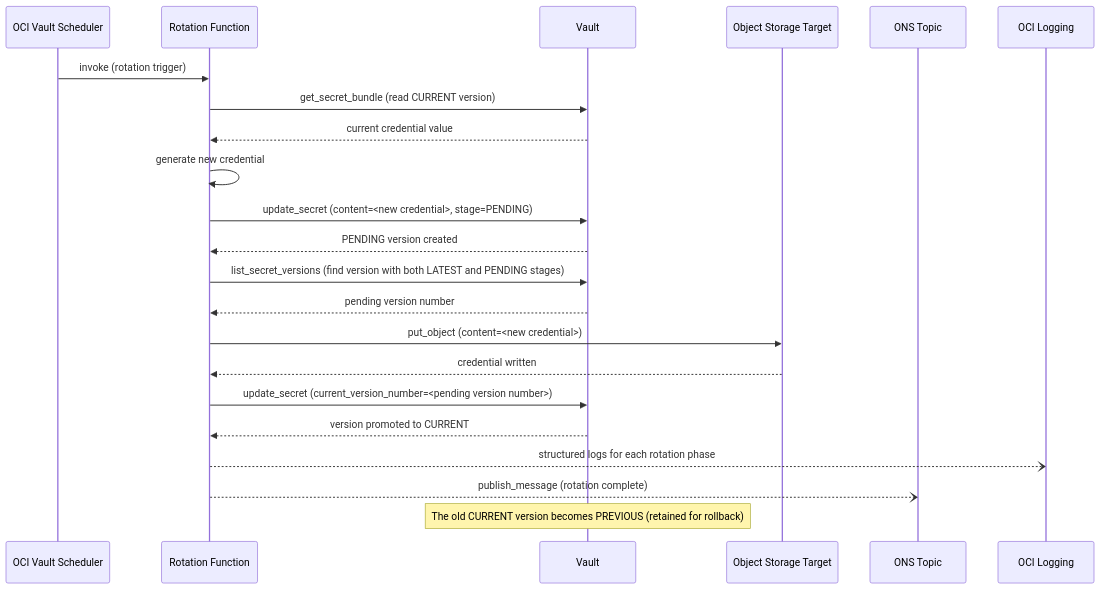
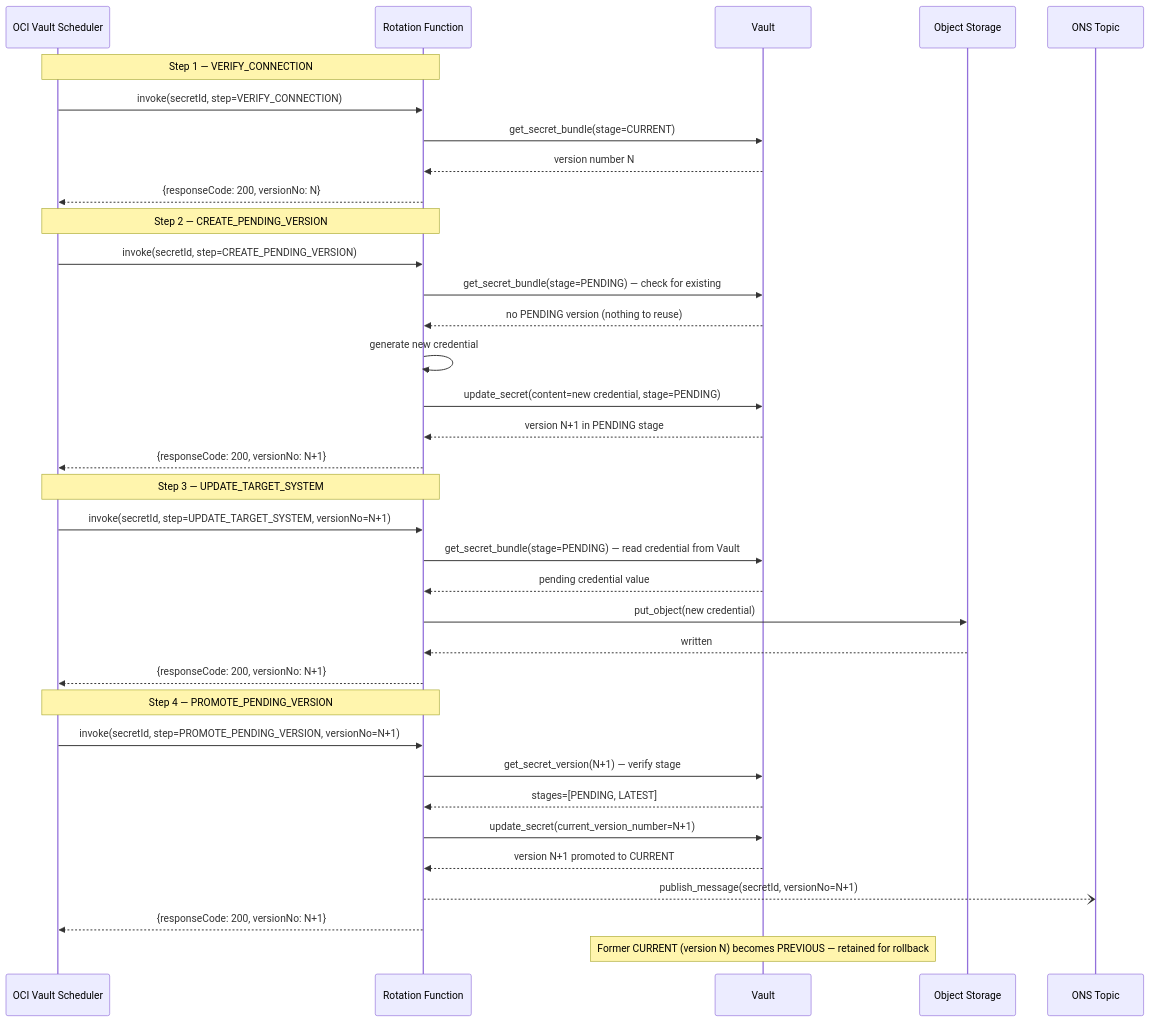
Before and after one commit to perspectivism/oci-secret-rotation: the second of 3 diagrams in docs/design.md, drawn with Mermaid. The commit also changed other lines of this file and 27 other files, not shown here.

First line of the commit message:
feat: implement native four-step OCI Vault rotation protocol

````diff
--- a/docs/design.md
+++ b/docs/design.md
@@ -105,25 +116,42 @@
 ```mermaid
 sequenceDiagram
-    participant VS as OCI Vault Scheduler
+    participant OCI as OCI Vault Scheduler
     participant FN as Rotation Function
     participant VW as Vault
-    participant OS as Object Storage Target
+    participant OS as Object Storage
     participant ONS as ONS Topic
-    participant LG as OCI Logging
 
-    VS->>FN: invoke (rotation trigger)
-    FN->>VW: get_secret_bundle (read CURRENT version)
-    VW-->>FN: current credential value
+    Note over OCI,FN: Step 1 — VERIFY_CONNECTION
+    OCI->>FN: invoke(secretId, step=VERIFY_CONNECTION)
+    FN->>VW: get_secret_bundle(stage=CURRENT)
+    VW-->>FN: version number N
+    FN-->>OCI: {responseCode: 200, versionNo: N}
+
+    Note over OCI,FN: Step 2 — CREATE_PENDING_VERSION
+    OCI->>FN: invoke(secretId, step=CREATE_PENDING_VERSION)
+    FN->>VW: get_secret_bundle(stage=PENDING) — check for existing
+    VW-->>FN: no PENDING version (nothing to reuse)
     FN->>FN: generate new credential
-    FN->>VW: update_secret (content=<new credential>, stage=PENDING)
-    VW-->>FN: PENDING version created
-    FN->>VW: list_secret_versions (find version with both LATEST and PENDING stages)
-    VW-->>FN: pending version number
-    FN->>OS: put_object (content=<new credential>)
-    OS-->>FN: credential written
-    FN->>VW: update_secret (current_version_number=<pending version number>)
-    VW-->>FN: version promoted to CURRENT
-    FN--)LG: structured logs for each rotation phase
-    FN--)ONS: publish_message (rotation complete)
-    Note over VW: The old CURRENT version becomes PREVIOUS (retained for rollback)
+    FN->>VW: update_secret(content=new credential, stage=PENDING)
+    VW-->>FN: version N+1 in PENDING stage
+    FN-->>OCI: {responseCode: 200, versionNo: N+1}
+
+    Note over OCI,FN: Step 3 — UPDATE_TARGET_SYSTEM
+    OCI->>FN: invoke(secretId, step=UPDATE_TARGET_SYSTEM, versionNo=N+1)
+    FN->>VW: get_secret_bundle(stage=PENDING) — read credential from Vault
+    VW-->>FN: pending credential value
+    FN->>OS: put_object(new credential)
+    OS-->>FN: written
+    FN-->>OCI: {responseCode: 200, versionNo: N+1}
+
+    Note over OCI,FN: Step 4 — PROMOTE_PENDING_VERSION
+    OCI->>FN: invoke(secretId, step=PROMOTE_PENDING_VERSION, versionNo=N+1)
+    FN->>VW: get_secret_version(N+1) — verify stage
+    VW-->>FN: stages=[PENDING, LATEST]
+    FN->>VW: update_secret(current_version_number=N+1)
+    VW-->>FN: version N+1 promoted to CURRENT
+    FN--)ONS: publish_message(secretId, versionNo=N+1)
+    FN-->>OCI: {responseCode: 200, versionNo: N+1}
+
+    Note over VW: Former CURRENT (version N) becomes PREVIOUS — retained for rollback
 ```
````
